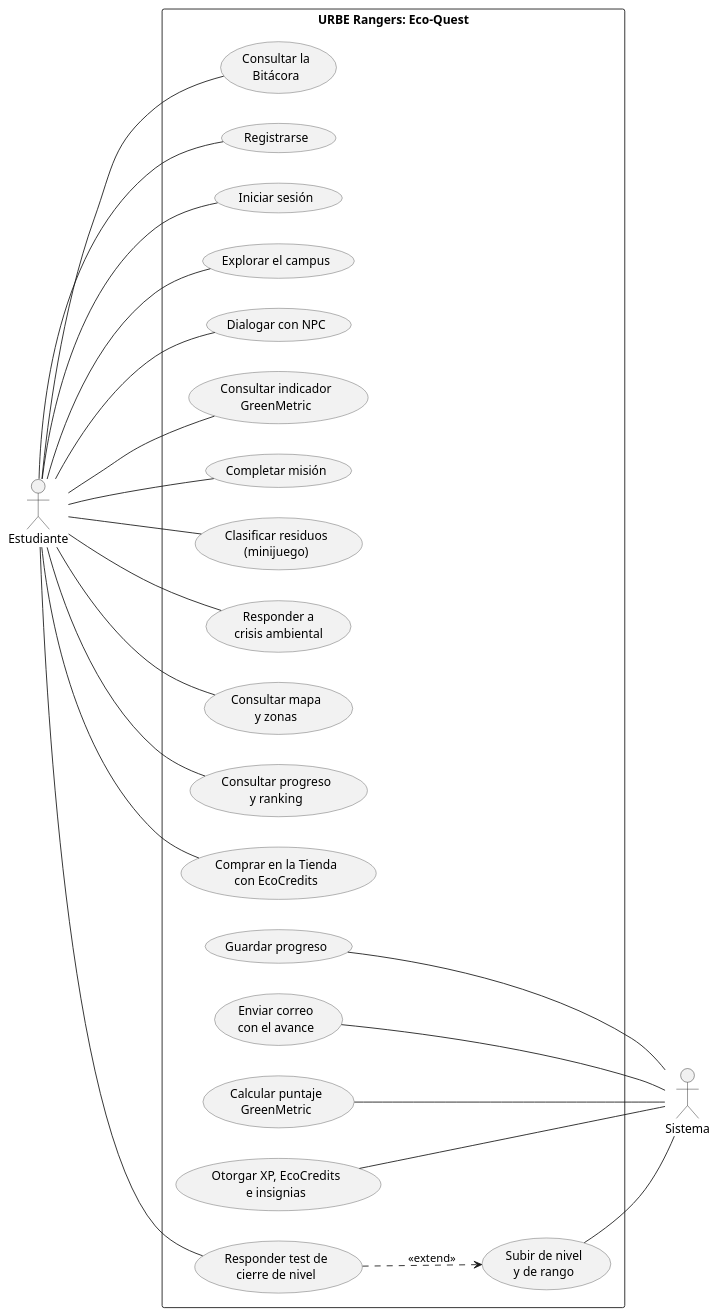
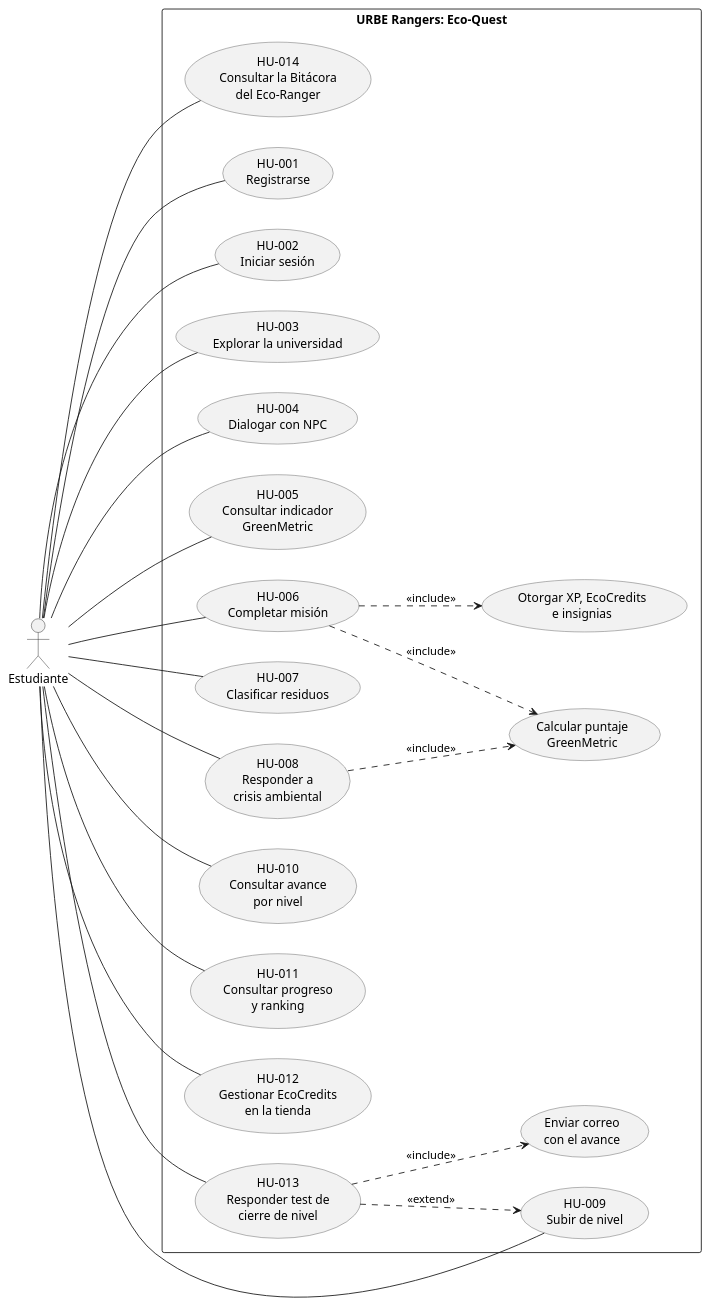
The diagram in docs/diagrama_casos_uso.puml (Ereyes05/green-metric-urbe), drawn with PlantUML before and after one commit. The commit also changed other lines of this file, not shown here.

Commit message:
docs: casos de uso 1 a 1 con HU-001..HU-014 y el sistema como include

```diff
--- a/docs/diagrama_casos_uso.puml
+++ b/docs/diagrama_casos_uso.puml
@@ -8,60 +10,56 @@
 @startuml
 left to right direction
 skinparam usecase {
   BackgroundColor #F2F2F2
   BorderColor #555555
 }
 
 actor Estudiante
-actor Sistema
 
 rectangle "URBE Rangers: Eco-Quest" {
-  usecase "Registrarse" as HU1
-  usecase "Iniciar sesión" as HU2
-  usecase "Explorar el campus" as HU3
-  usecase "Dialogar con NPC" as HU4
-  usecase "Consultar indicador\nGreenMetric" as HU5
-  usecase "Completar misión" as HU6
-  usecase "Clasificar residuos\n(minijuego)" as HU7
+  usecase "HU-001\nRegistrarse" as HU1
+  usecase "HU-002\nIniciar sesión" as HU2
+  usecase "HU-003\nExplorar la universidad" as HU3
+  usecase "HU-004\nDialogar con NPC" as HU4
+  usecase "HU-005\nConsultar indicador\nGreenMetric" as HU5
+  usecase "HU-006\nCompletar misión" as HU6
+  usecase "HU-007\nClasificar residuos" as HU7
 
-  usecase "Responder a\ncrisis ambiental" as HU8
-  usecase "Consultar mapa\ny zonas" as HU10
-  usecase "Consultar progreso\ny ranking" as HU11
-  usecase "Comprar en la Tienda\ncon EcoCredits" as HU12
-  usecase "Responder test de\ncierre de nivel" as HU13
-  usecase "Consultar la\nBitácora" as HU14
+  usecase "HU-008\nResponder a\ncrisis ambiental" as HU8
+  usecase "HU-009\nSubir de nivel" as HU9
+  usecase "HU-010\nConsultar avance\npor nivel" as HU10
+  usecase "HU-011\nConsultar progreso\ny ranking" as HU11
+  usecase "HU-012\nGestionar EcoCredits\nen la tienda" as HU12
+  usecase "HU-013\nResponder test de\ncierre de nivel" as HU13
+  usecase "HU-014\nConsultar la Bitácora\ndel Eco-Ranger" as HU14
 
-  usecase "Subir de nivel\ny de rango" as HU9
   usecase "Calcular puntaje\nGreenMetric" as S1
   usecase "Otorgar XP, EcoCredits\ne insignias" as S2
-  usecase "Guardar progreso" as S4
   usecase "Enviar correo\ncon el avance" as S5
 }
 
 ' Primera columna
 Estudiante -- HU1
 Estudiante -- HU2
 Estudiante -- HU3
 Estudiante -- HU4
 Estudiante -- HU5
 Estudiante -- HU6
 Estudiante -- HU7
 
 ' Segunda columna
 Estudiante --- HU8
+Estudiante --- HU9
 Estudiante --- HU10
 Estudiante --- HU11
 Estudiante --- HU12
 Estudiante --- HU13
 Estudiante --- HU14
 
-' Tercera columna (sistema), con el actor a la derecha
-Estudiante -[hidden]---- HU9
-HU9 -- Sistema
-S1 -- Sistema
-S2 -- Sistema
-S4 -- Sistema
-S5 -- Sistema
-
+' Lo que hace el sistema dentro de cada historia
+HU6 ..> S1 : <<include>>
+HU6 ..> S2 : <<include>>
+HU8 ..> S1 : <<include>>
+HU13 ..> S5 : <<include>>
 HU13 ..> HU9 : <<extend>>
 @enduml
```
